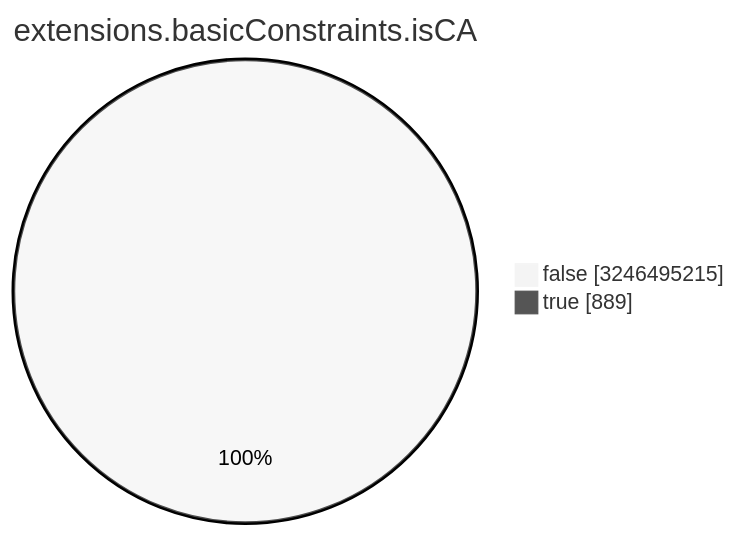
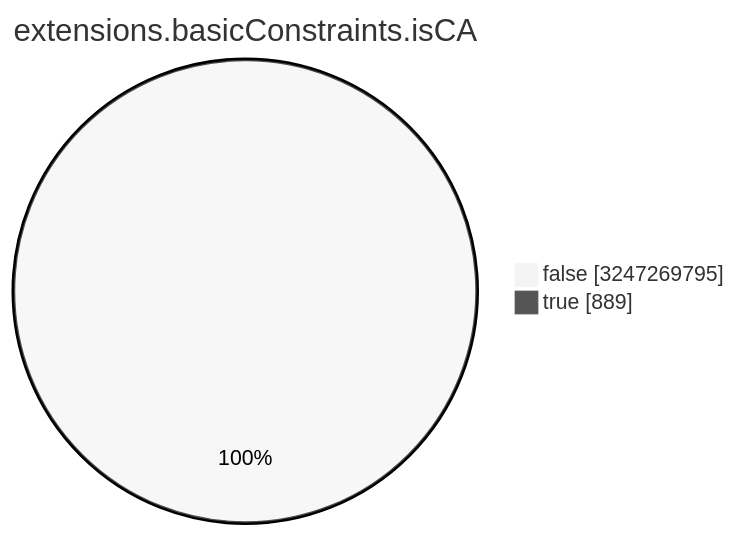
Before and after one commit to christiankrug/ctmonitor_visualization: the seventh of 15 diagrams in TOTAL/README.md, drawn with Mermaid (neutral theme). The commit also changed other lines of this file, not shown here.

````diff
--- a/TOTAL/README.md
+++ b/TOTAL/README.md
@@ -3088,6 +3088,6 @@
 ```mermaid
 pie showData
 title extensions.basicConstraints.isCA
-"false" :3246495215
+"false" :3247269795
 "true" :889
 ```
````
